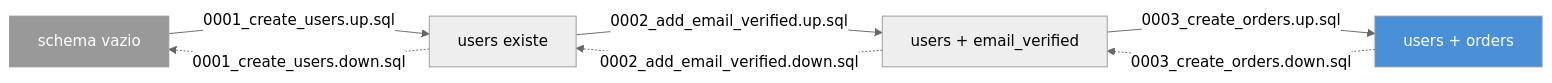
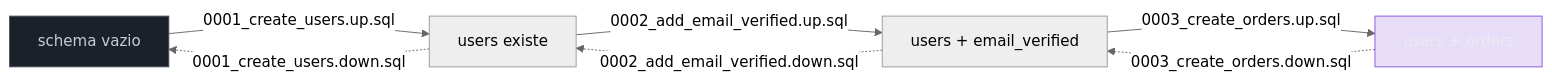
One commit to josenaldo/codex-technomanticus changed the first of 2 diagrams in 03-Dominios/Tecnologia/Go/11 - Persistência/07 - Migrations.md. Above: the diagram before and after it, drawn with Mermaid (neutral theme). The commit also changed 1181 other files, not shown here.

First line of the commit message:
fix(diagramas): paleta do sistema no lugar de cor cravada no markdown

````diff
--- a/03-Dominios/Tecnologia/Go/11 - Persistência/07 - Migrations.md
+++ b/03-Dominios/Tecnologia/Go/11 - Persistência/07 - Migrations.md
@@ -36,13 +36,15 @@
 ```mermaid
 flowchart LR
+    classDef neutro fill:#1B2029,stroke:#4E5666,color:#C6CCD8
+    classDef marca fill:#8855DF33,stroke:#8855DF,color:#E9ECF2
     A["schema vazio"] -->|"0001_create_users.up.sql"| B["users existe"]
     B -->|"0002_add_email_verified.up.sql"| C["users + email_verified"]
     C -->|"0003_create_orders.up.sql"| D["users + orders"]
 
     D -.->|"0003_create_orders.down.sql"| C
     C -.->|"0002_add_email_verified.down.sql"| B
     B -.->|"0001_create_users.down.sql"| A
 
-    style A fill:#999,color:#fff
-    style D fill:#4A90D9,color:#fff
+    class A neutro
+    class D marca
 ```
````
